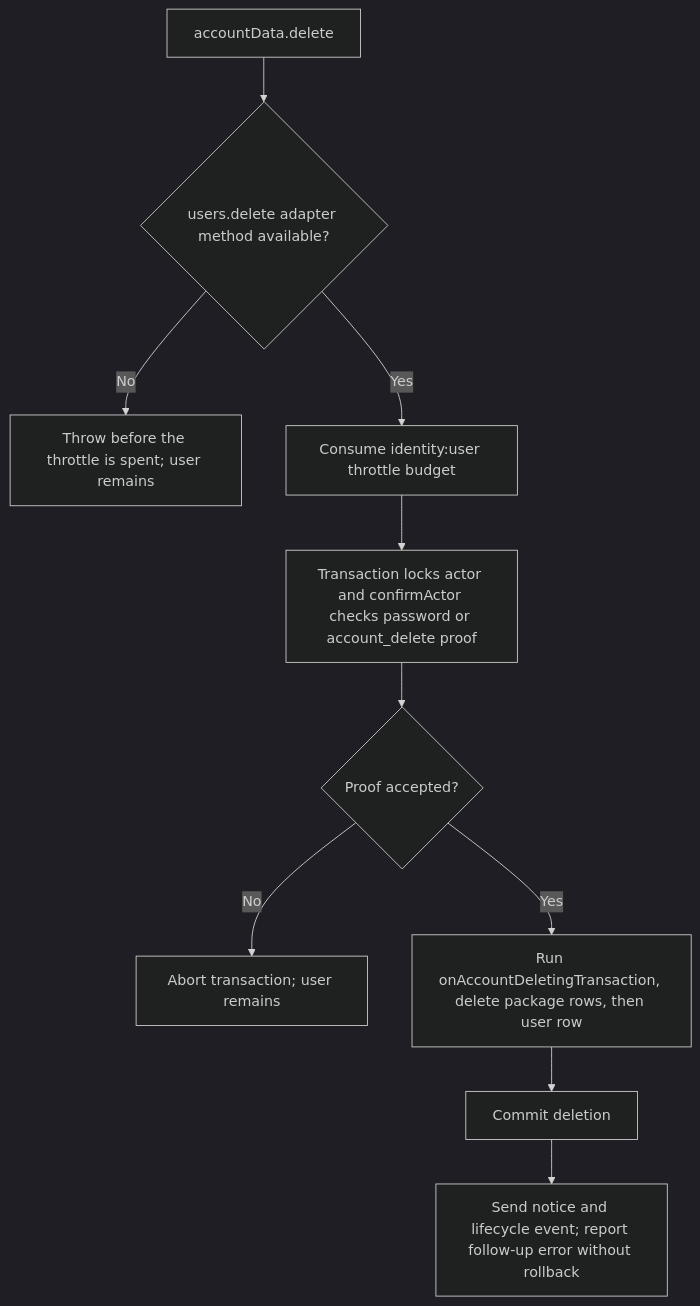
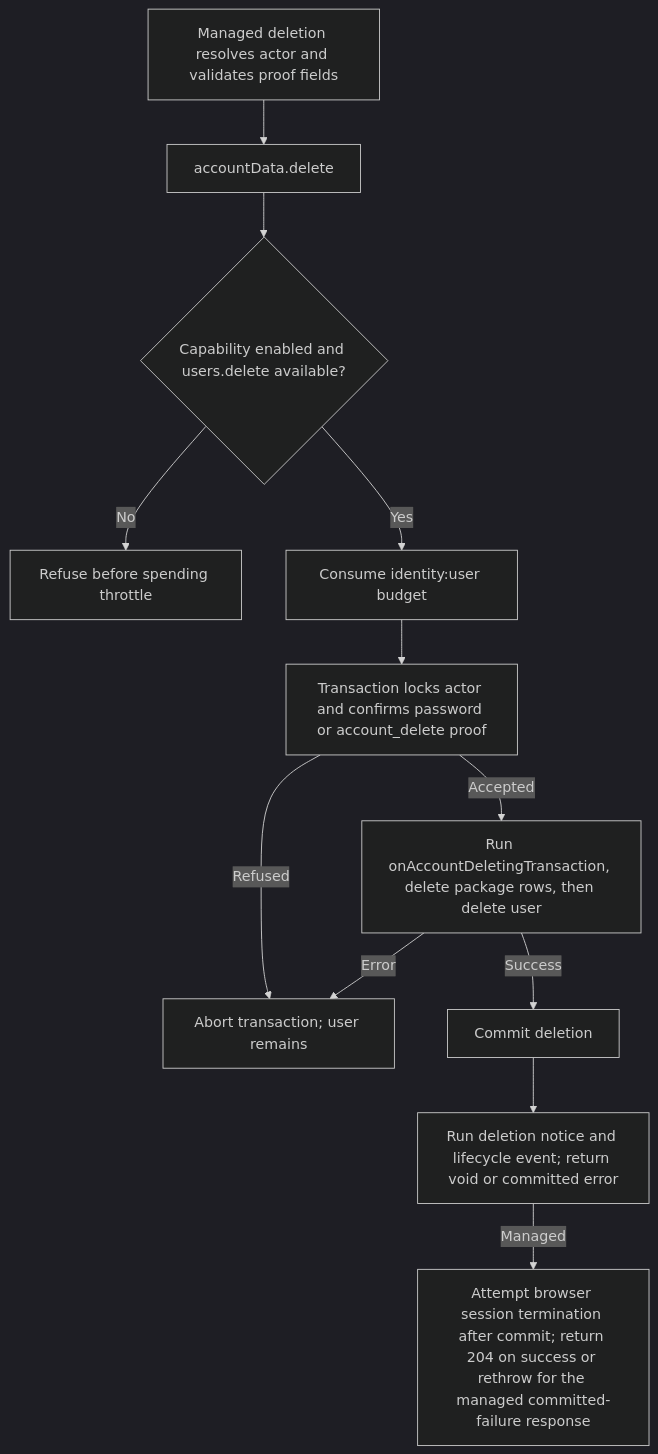
One commit to Kevinjohn/oss-adonisjs-account-kit changed the second of 2 diagrams in user-stories/US-ACCOUNT-19-delete-account.md. Above: the diagram before and after it, drawn with Mermaid (dark theme). The commit also changed other lines of this file and 70 other files, not shown here.

Commit message:
Refresh the Account Kit user story catalogue for 0.6.0

````diff
--- a/user-stories/US-ACCOUNT-19-delete-account.md
+++ b/user-stories/US-ACCOUNT-19-delete-account.md
@@ -30,12 +30,14 @@
 ```mermaid
 flowchart TD
- A["accountData.delete"] --> B{"users.delete adapter method available?"}
- B -->|No| D0["Throw before the throttle is spent; user remains"]
- B -->|Yes| T["Consume identity:user throttle budget"]
- T --> C["Transaction locks actor and confirmActor checks password or account_delete proof"]
- C --> P{"Proof accepted?"}
- P -->|No| D["Abort transaction; user remains"]
- P -->|Yes| E["Run onAccountDeletingTransaction, delete package rows, then user row"]
- E --> F["Commit deletion"]
- F --> G["Send notice and lifecycle event; report follow-up error without rollback"]
+  M["Managed deletion resolves actor and validates proof fields"] --> A["accountData.delete"]
+  A --> B{"Capability enabled and users.delete available?"}
+  B -->|No| D0["Refuse before spending throttle"]
+  B -->|Yes| T["Consume identity:user budget"]
+  T --> C["Transaction locks actor and confirms password or account_delete proof"]
+  C -->|Refused| D["Abort transaction; user remains"]
+  C -->|Accepted| E["Run onAccountDeletingTransaction, delete package rows, then delete user"]
+  E -->|Error| D
+  E -->|Success| F["Commit deletion"]
+  F --> G["Run deletion notice and lifecycle event; return void or committed error"]
+  G -->|Managed| H["Attempt browser session termination after commit; return 204 on success or rethrow for the managed committed-failure response"]
 ```
````
